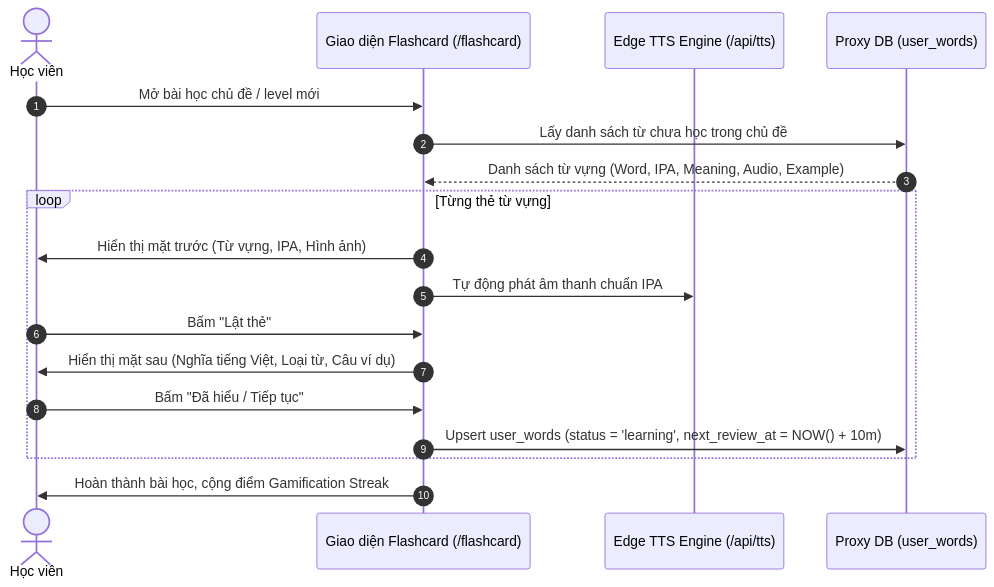
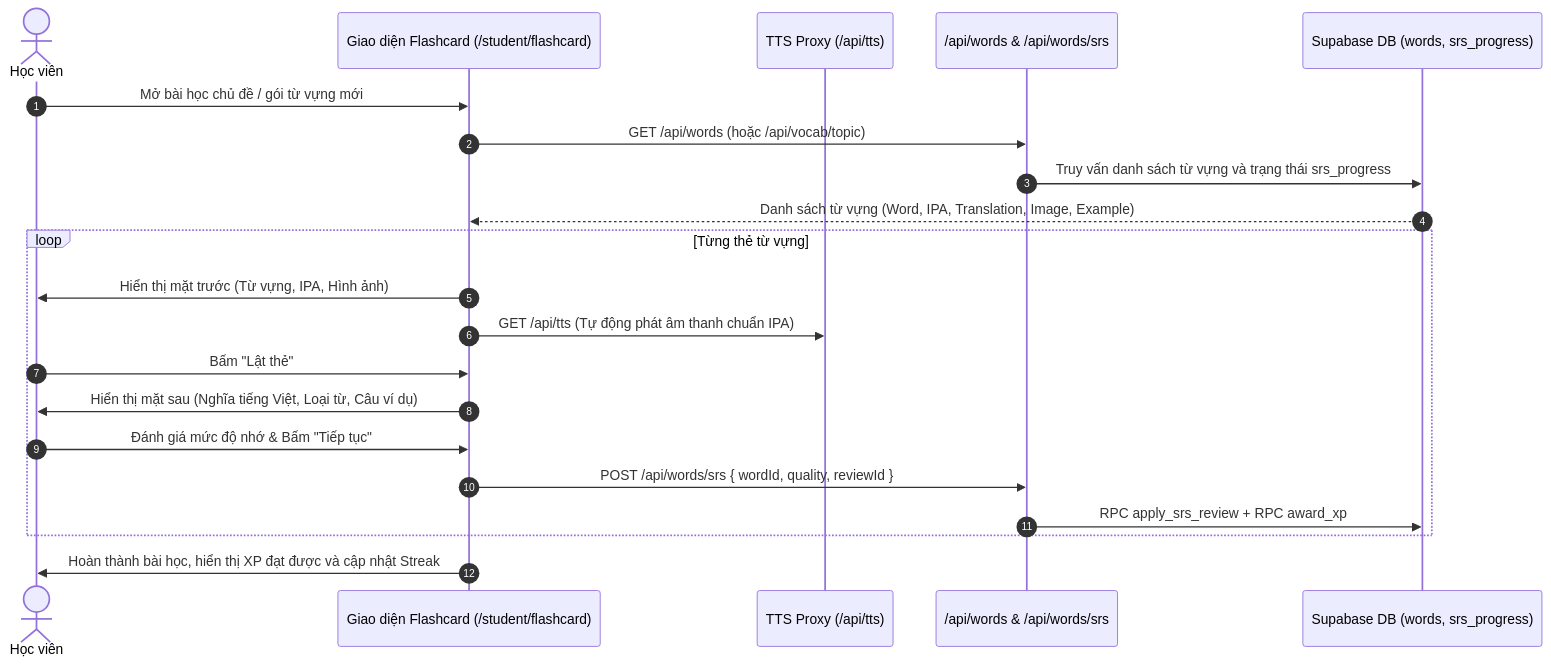
The second of 3 diagrams in agent/docs/SRS_02_VOCAB_SRS_FSRS.md (FengProfessor/Vocab), drawn with Mermaid before and after one commit. The commit also changed other lines of this file and 15 other files, not shown here.

Commit message:
docs(srs): complete 15 full-project SRS use cases and flow limitation audit

````diff
--- a/agent/docs/SRS_02_VOCAB_SRS_FSRS.md
+++ b/agent/docs/SRS_02_VOCAB_SRS_FSRS.md
@@ -75,21 +85,24 @@
 ```mermaid
 sequenceDiagram
     autonumber
     actor Student as Học viên
-    participant UI as Giao diện Flashcard (/flashcard)
-    participant Audio as Edge TTS Engine (/api/tts)
-    participant DB as Proxy DB (user_words)
+    participant UI as Giao diện Flashcard (/student/flashcard)
+    participant Audio as TTS Proxy (/api/tts)
+    participant API as /api/words & /api/words/srs
+    participant DB as Supabase DB (words, srs_progress)
 
-    Student->>UI: Mở bài học chủ đề / level mới
-    UI->>DB: Lấy danh sách từ chưa học trong chủ đề
-    DB-->>UI: Danh sách từ vựng (Word, IPA, Meaning, Audio, Example)
+    Student->>UI: Mở bài học chủ đề / gói từ vựng mới
+    UI->>API: GET /api/words (hoặc /api/vocab/topic)
+    API->>DB: Truy vấn danh sách từ vựng và trạng thái srs_progress
+    DB-->>UI: Danh sách từ vựng (Word, IPA, Translation, Image, Example)
     loop Từng thẻ từ vựng
         UI->>Student: Hiển thị mặt trước (Từ vựng, IPA, Hình ảnh)
-        UI->>Audio: Tự động phát âm thanh chuẩn IPA
+        UI->>Audio: GET /api/tts (Tự động phát âm thanh chuẩn IPA)
         Student->>UI: Bấm "Lật thẻ"
         UI->>Student: Hiển thị mặt sau (Nghĩa tiếng Việt, Loại từ, Câu ví dụ)
-        Student->>UI: Bấm "Đã hiểu / Tiếp tục"
-        UI->>DB: Upsert user_words (status = 'learning', next_review_at = NOW() + 10m)
+        Student->>UI: Đánh giá mức độ nhớ & Bấm "Tiếp tục"
+        UI->>API: POST /api/words/srs { wordId, quality, reviewId }
+        API->>DB: RPC apply_srs_review + RPC award_xp
     end
-    UI->>Student: Hoàn thành bài học, cộng điểm Gamification Streak
+    UI->>Student: Hoàn thành bài học, hiển thị XP đạt được và cập nhật Streak
 ```
````
